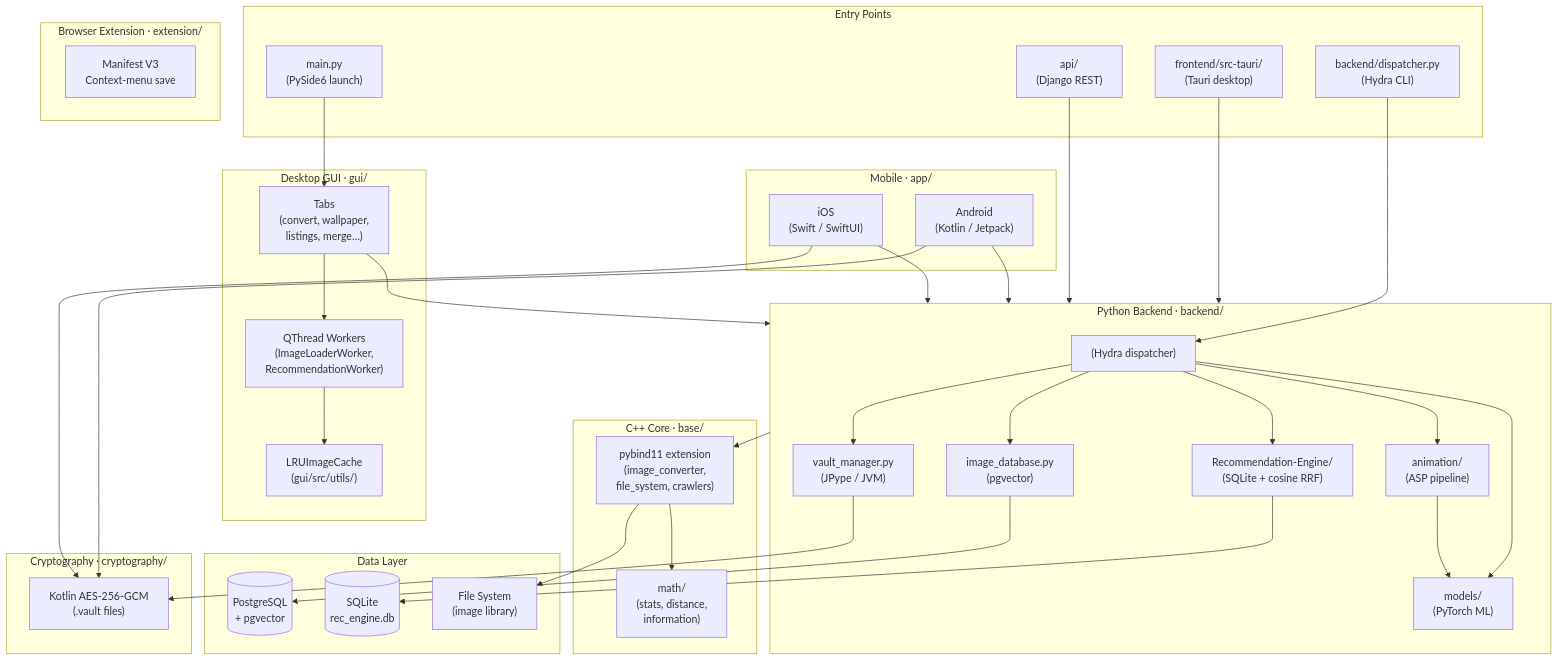
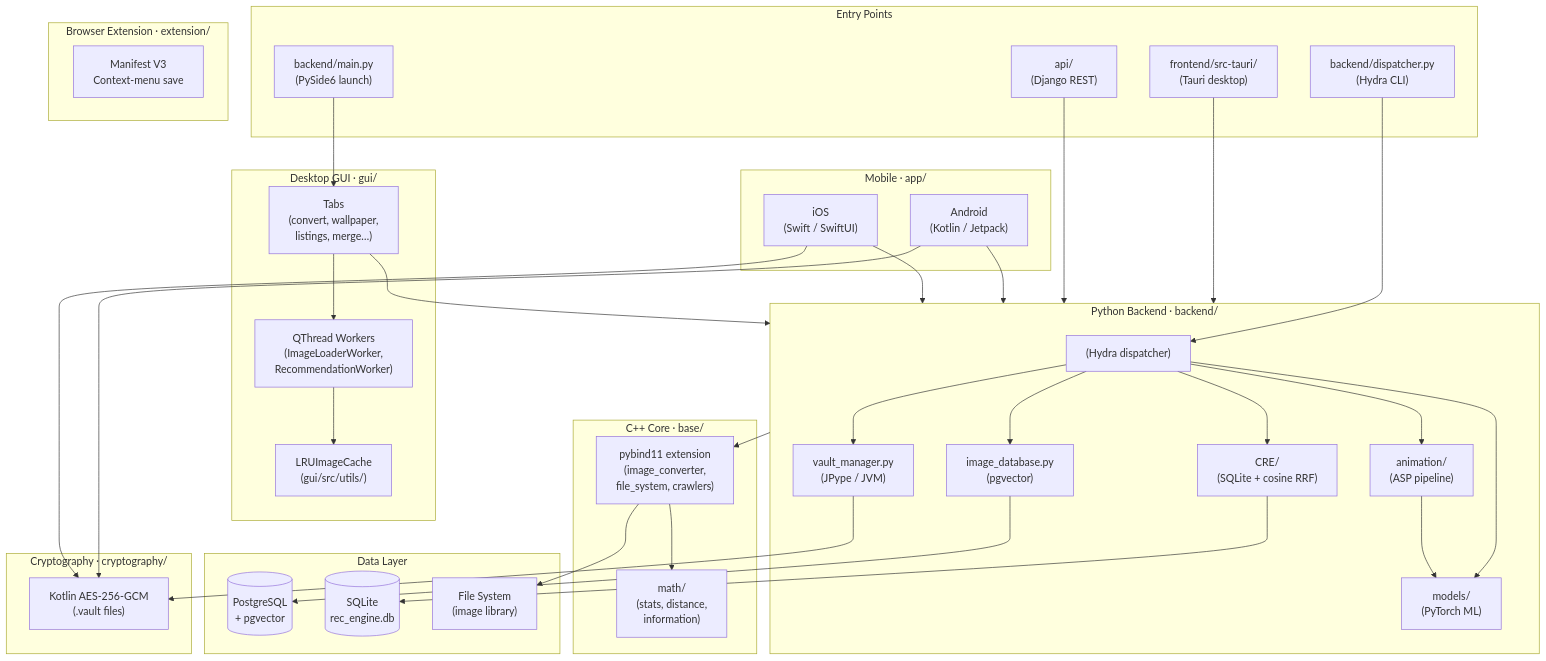
Before and after one commit to ACFHarbinger/Image-Toolkit: the first of 25 diagrams in docs/ARCHITECTURE.md, drawn with Mermaid. The commit also changed other lines of this file and 2274 other files, not shown here.

````diff
--- a/docs/ARCHITECTURE.md
+++ b/docs/ARCHITECTURE.md
@@ -8,7 +8,7 @@
 ```mermaid
 flowchart TD
     subgraph Entry["Entry Points"]
-        MAIN["main.py\n(PySide6 launch)"]
+        MAIN["backend/main.py\n(PySide6 launch)"]
         CLI["backend/dispatcher.py\n(Hydra CLI)"]
         TAURI["frontend/src-tauri/\n(Tauri desktop)"]
         API["api/\n(Django REST)"]
@@ -26,7 +26,7 @@
         MODELS["models/\n(PyTorch ML)"]
         DB["image_database.py\n(pgvector)"]
         VAULT["vault_manager.py\n(JPype / JVM)"]
-        RECENG["Recommendation-Engine/\n(SQLite + cosine RRF)"]
+        RECENG["CRE/\n(SQLite + cosine RRF)"]
     end
 
     subgraph CppCore["C++ Core  ·  base/"]
````
